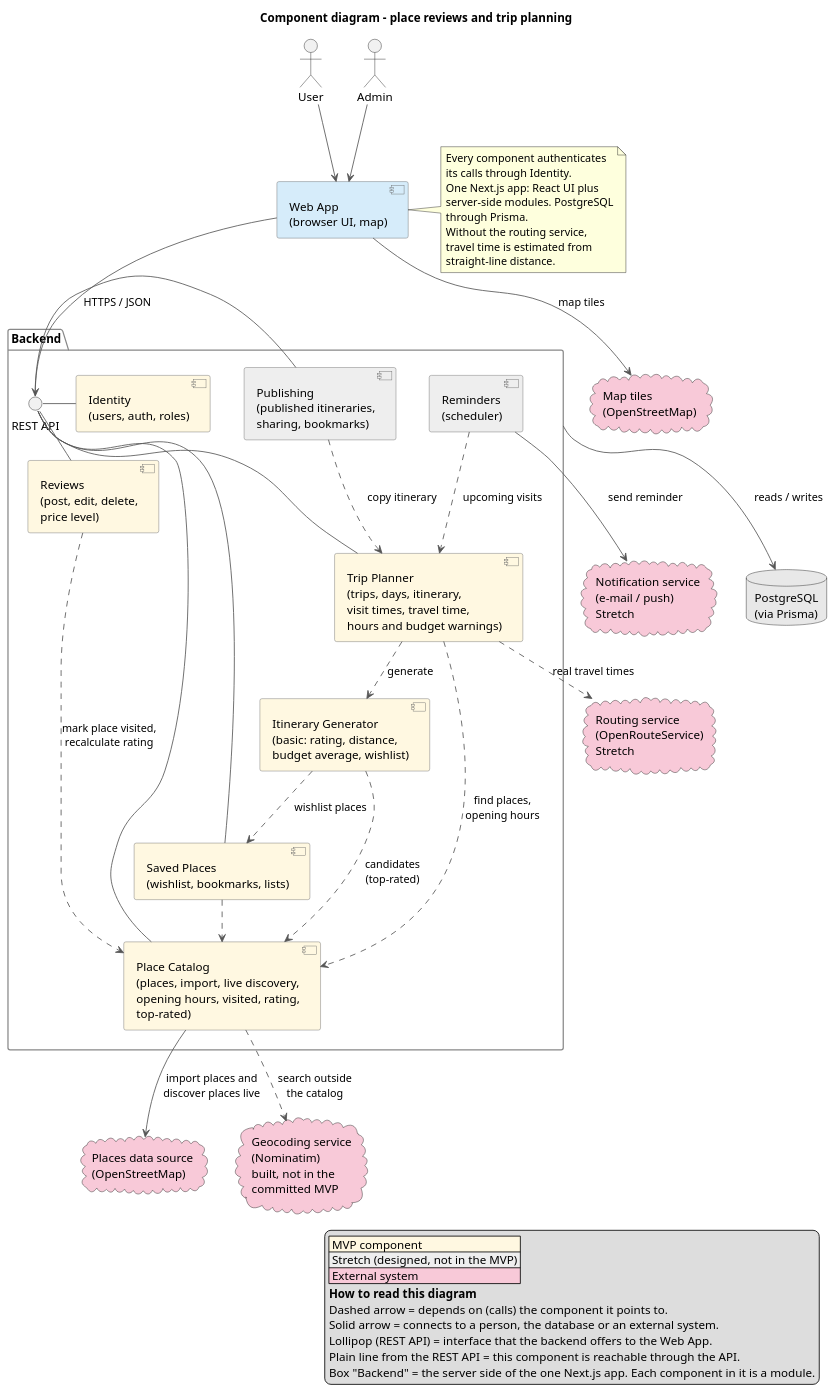
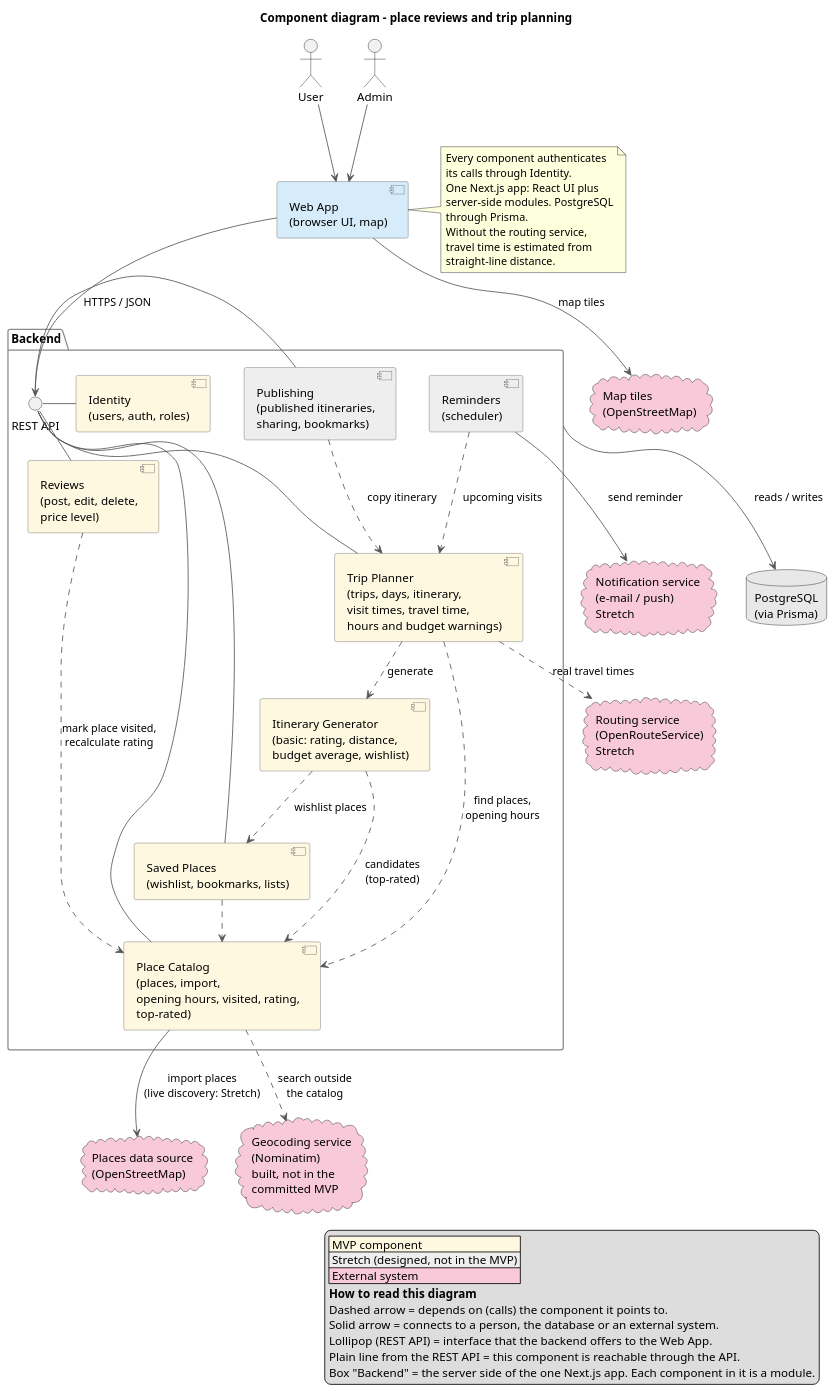
One commit to MESW-LES-2627/les-project-group-7 changed the diagram in docs/design/component-diagram.puml. Above: the diagram before and after it, drawn with PlantUML. The commit also changed 9 other files, not shown here.

First line of the commit message:
Plan the sprint: 3 cities, discovery to Stretch, hours of the day

```diff
--- a/docs/design/component-diagram.puml
+++ b/docs/design/component-diagram.puml
@@ -1,92 +1,92 @@
 @startuml component-diagram
 title Component diagram – place reviews and trip planning
 skinparam shadowing false
 skinparam componentStyle uml2
 skinparam nodesep 40
 skinparam ranksep 50
 skinparam ArrowColor #555555
 skinparam component {
   BackgroundColor #FFF8E1
   BorderColor #666666
 }
 skinparam package {
   BorderColor #888888
 }
 
 legend right
   |<#FFF8E1> MVP component |
   |<#EEEEEE> Stretch (designed, not in the MVP) |
   |<#F8C9D8> External system |
   **How to read this diagram**
   Dashed arrow = depends on (calls) the component it points to.
   Solid arrow = connects to a person, the database or an external system.
   Lollipop (REST API) = interface that the backend offers to the Web App.
   Plain line from the REST API = this component is reachable through the API.
   Box "Backend" = the server side of the one Next.js app. Each component in it is a module.
 endlegend
 
 actor "User" as user
 actor "Admin" as admin
 
 component "Web App\n(browser UI, map)" as web #D6ECFA
 
 package "Backend" as backend {
   interface "REST API" as api
 
   component "Identity\n(users, auth, roles)" as identity
-  component "Place Catalog\n(places, import, live discovery,\nopening hours, visited, rating,\ntop-rated)" as catalog
+  component "Place Catalog\n(places, import,\nopening hours, visited, rating,\ntop-rated)" as catalog
   component "Reviews\n(post, edit, delete,\nprice level)" as reviews
   component "Saved Places\n(wishlist, bookmarks, lists)" as saved
   component "Trip Planner\n(trips, days, itinerary,\nvisit times, travel time,\nhours and budget warnings)" as planner
   component "Itinerary Generator\n(basic: rating, distance,\nbudget average, wishlist)" as generator
   component "Publishing\n(published itineraries,\nsharing, bookmarks)" as publishing #EEEEEE
   component "Reminders\n(scheduler)" as reminders #EEEEEE
 }
 
 database "PostgreSQL\n(via Prisma)" as db #E8E8E8
 
 cloud "Places data source\n(OpenStreetMap)" as places #F8C9D8
 cloud "Map tiles\n(OpenStreetMap)" as tiles #F8C9D8
 cloud "Routing service\n(OpenRouteService)\nStretch" as routing #F8C9D8
 cloud "Geocoding service\n(Nominatim)\nbuilt, not in the\ncommitted MVP" as geocoding #F8C9D8
 cloud "Notification service\n(e-mail / push)\nStretch" as notif #F8C9D8
 
 user --> web
 admin --> web
 web --> api : HTTPS / JSON
 web --> tiles : map tiles
 api - identity
 api - catalog
 api - reviews
 api - saved
 api - planner
 api - publishing
 
 reviews ..> catalog : mark place visited,\nrecalculate rating
 saved ..> catalog
 planner ..> catalog : find places,\nopening hours
 planner ..> generator : generate
 generator ..> catalog : candidates\n(top-rated)
 generator ..> saved : wishlist places
 publishing ..> planner : copy itinerary
 reminders ..> planner : upcoming visits
 
-catalog --> places : import places and\ndiscover places live
+catalog --> places : import places\n(live discovery: Stretch)
 catalog ..> geocoding : search outside\nthe catalog
 planner ..> routing : real travel times
 reminders --> notif : send reminder
 
 
 backend --> db : reads / writes
 
 note right of web
   Every component authenticates
   its calls through Identity.
   One Next.js app: React UI plus
   server-side modules. PostgreSQL
   through Prisma.
   Without the routing service,
   travel time is estimated from
   straight-line distance.
 end note
 @enduml
```
